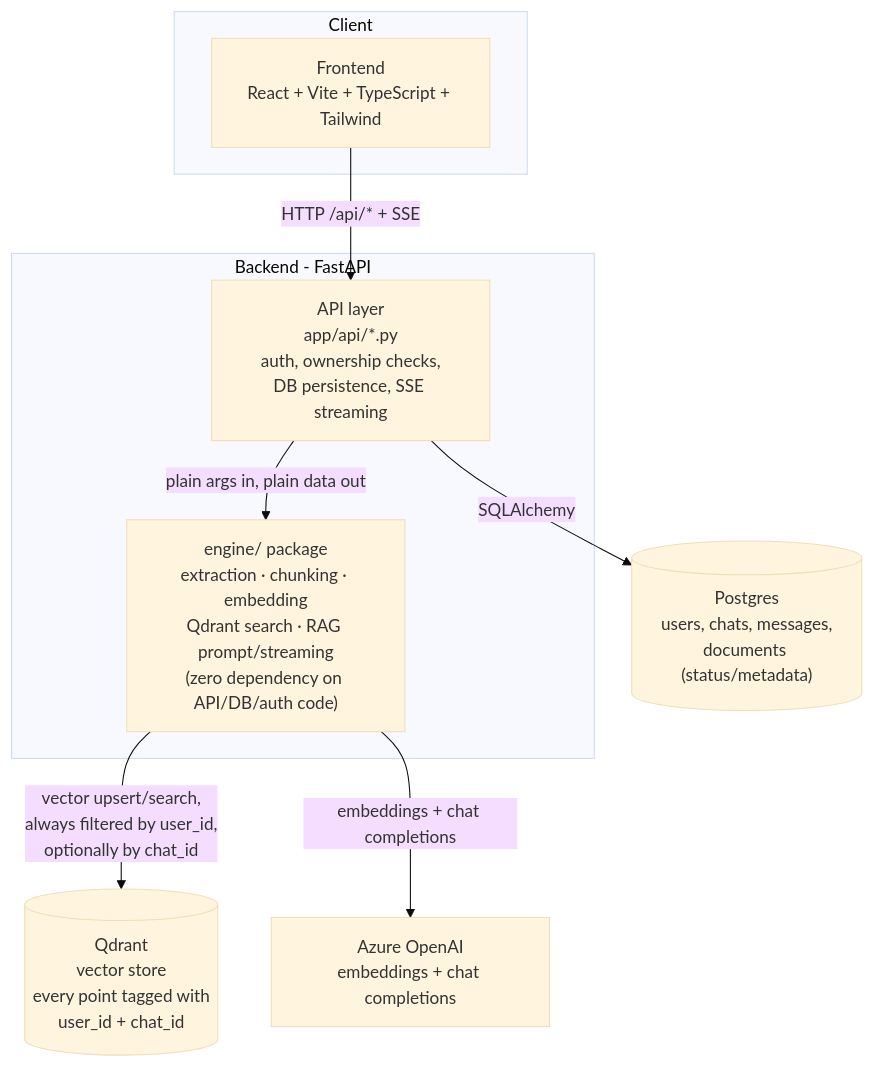
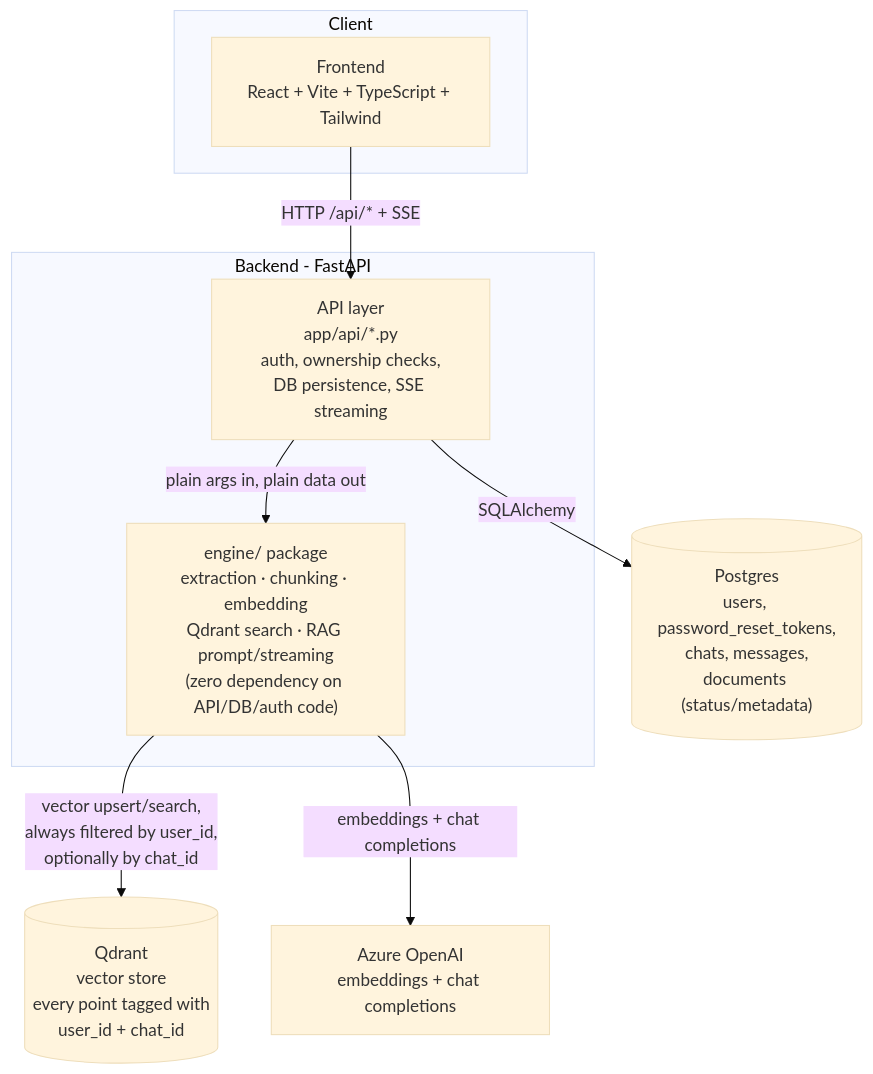
Before and after one commit to MuhammadWaqar621/querynest: the diagram in README.md, drawn with Mermaid (base theme). The commit also changed other lines of this file and 19 other files, not shown here.

````diff
--- a/README.md
+++ b/README.md
@@ -21,21 +47,21 @@
 ```mermaid
 flowchart TB
     subgraph Client
         FE["Frontend<br/>React + Vite + TypeScript + Tailwind"]
     end
 
     subgraph Backend["Backend - FastAPI"]
         API["API layer<br/>app/api/*.py<br/>auth, ownership checks,<br/>DB persistence, SSE streaming"]
         ENGINE["engine/ package<br/>extraction · chunking · embedding<br/>Qdrant search · RAG prompt/streaming<br/>(zero dependency on API/DB/auth code)"]
     end
 
-    PG[("Postgres<br/>users, chats, messages,<br/>documents (status/metadata)")]
+    PG[("Postgres<br/>users, password_reset_tokens,<br/>chats, messages,<br/>documents (status/metadata)")]
     QD[("Qdrant<br/>vector store<br/>every point tagged with<br/>user_id + chat_id")]
     AZ["Azure OpenAI<br/>embeddings + chat completions"]
 
     FE -- "HTTP /api/* + SSE" --> API
     API -- "plain args in, plain data out" --> ENGINE
     API -- "SQLAlchemy" --> PG
     ENGINE -- "vector upsert/search,<br/>always filtered by user_id,<br/>optionally by chat_id" --> QD
     ENGINE -- "embeddings + chat completions" --> AZ
 ```
````
